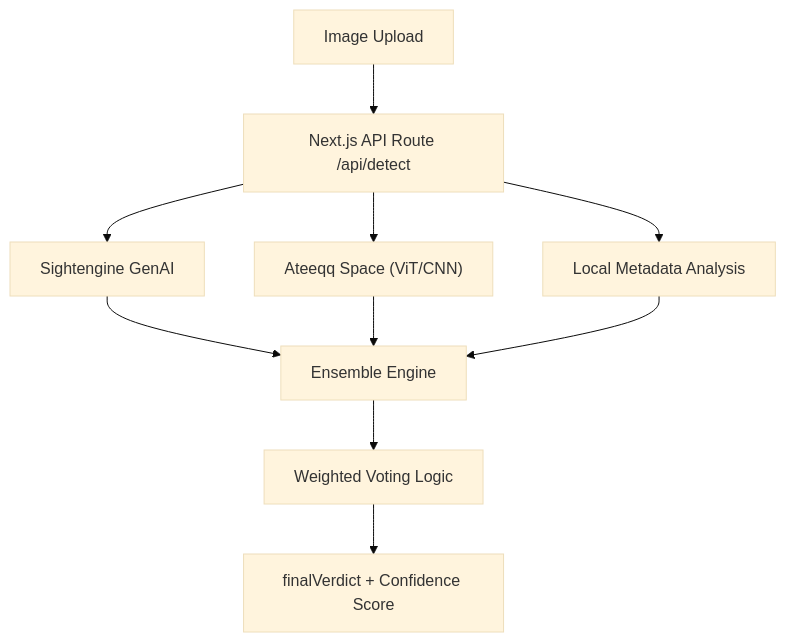
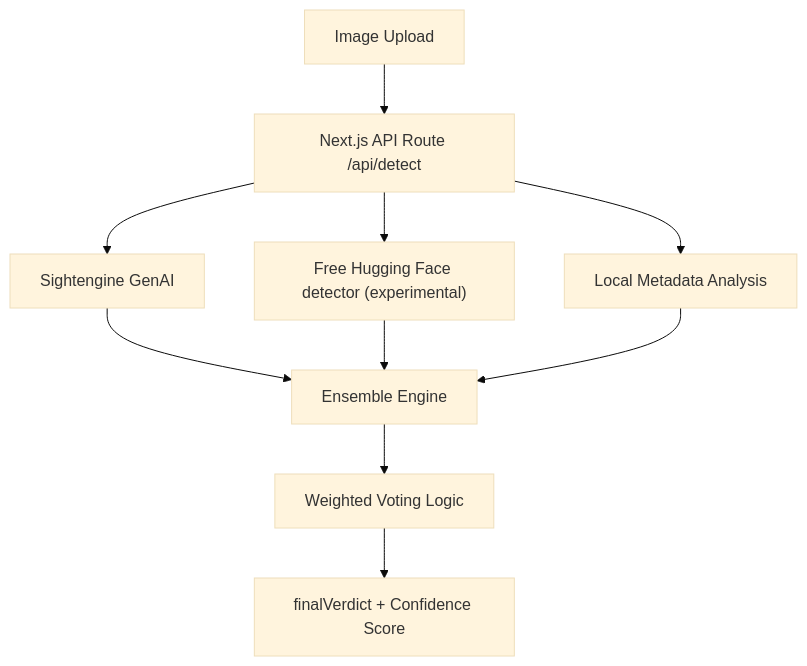
One commit to ToMyBaNe/ai-image-detector changed the diagram in README.md. Above: the diagram before and after it, drawn with Mermaid (base theme). The commit also changed other lines of this file and 2 other files, not shown here.

````diff
--- a/README.md
+++ b/README.md
@@ -72,10 +70,10 @@
 ```mermaid
 graph TD
     A[Image Upload] --> B[Next.js API Route /api/detect]
     B --> C1[Sightengine GenAI]
-    B --> C2["Ateeqq Space (ViT/CNN)"]
+    B --> C2["Free Hugging Face detector (experimental)"]
     B --> C3[Local Metadata Analysis]
     C1 & C2 & C3 --> D[Ensemble Engine]
     D --> E[Weighted Voting Logic]
     E --> F[finalVerdict + Confidence Score]
 ```
````
